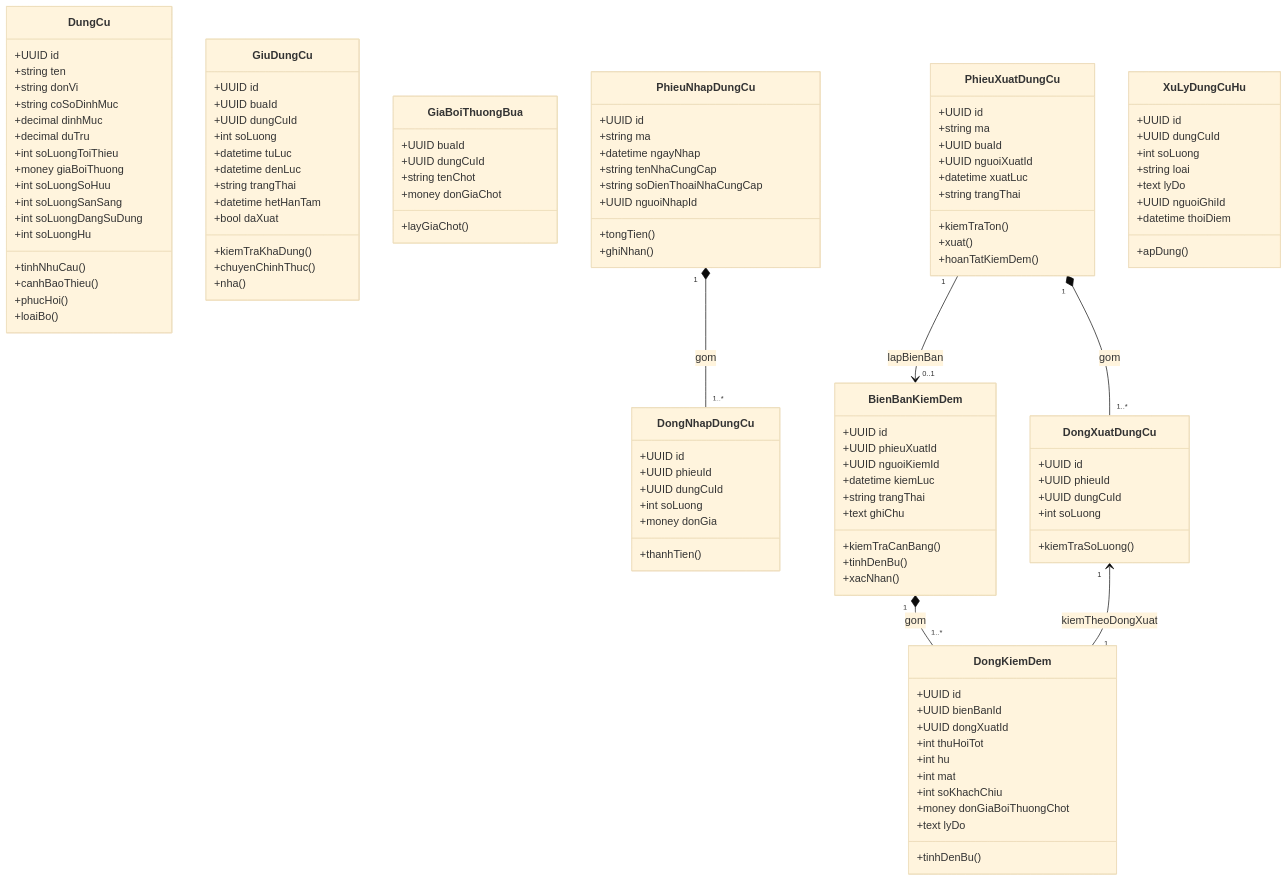
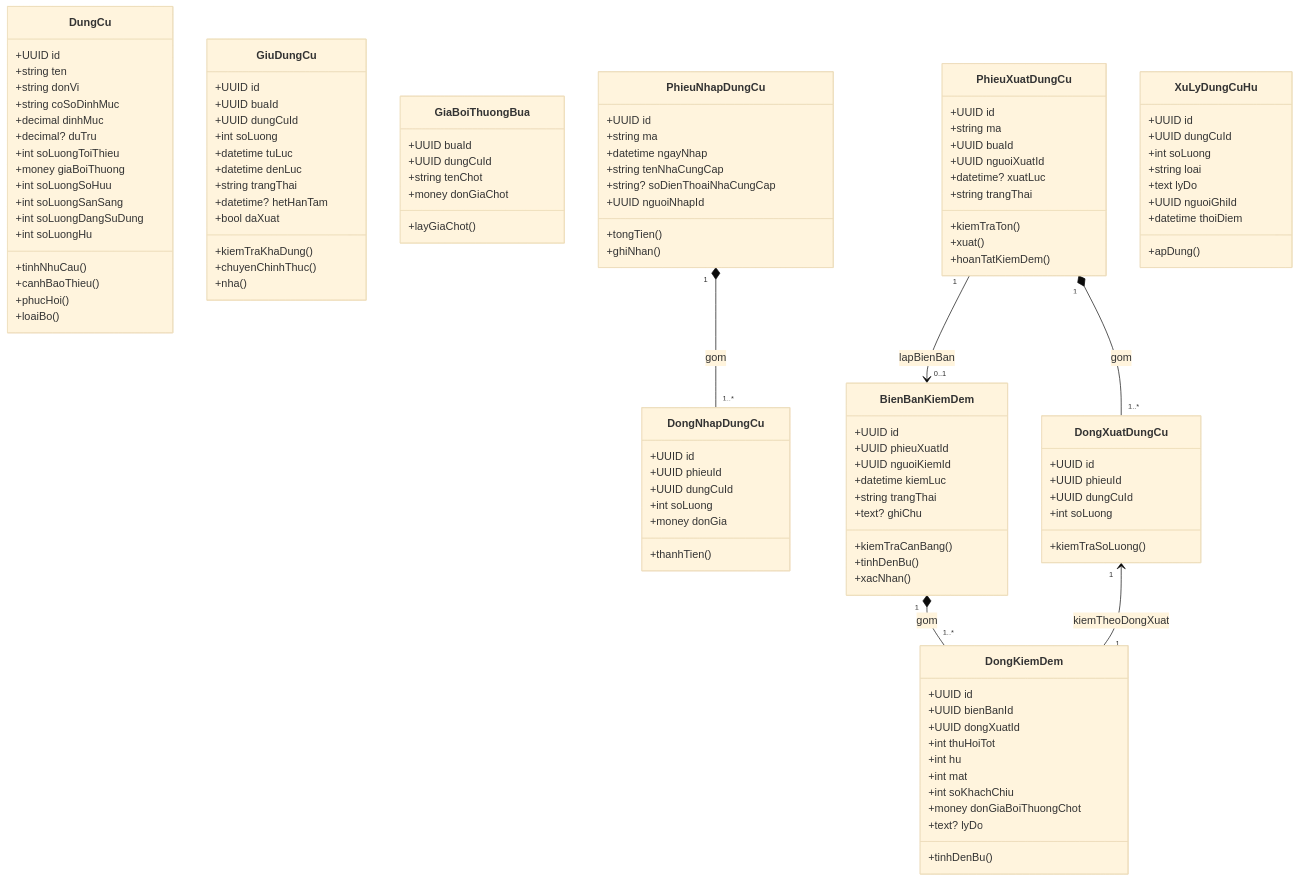
Before and after one commit to mastercookvn/mastercookvn: the seventh of 9 diagrams in docs/src/diagrams/class.md, drawn with Mermaid (base theme). The commit also changed other lines of this file and 19 other files, not shown here.

```diff
--- a/docs/src/diagrams/class.md
+++ b/docs/src/diagrams/class.md
@@ -800,7 +721,7 @@
         +string donVi
         +string coSoDinhMuc
         +decimal dinhMuc
-        +decimal duTru
+        +decimal? duTru
         +int soLuongToiThieu
         +money giaBoiThuong
         +int soLuongSoHuu
@@ -821,7 +742,7 @@
         +datetime tuLuc
         +datetime denLuc
         +string trangThai
-        +datetime hetHanTam
+        +datetime? hetHanTam
         +bool daXuat
         +kiemTraKhaDung()
         +chuyenChinhThuc()
@@ -841,7 +762,7 @@
         +string ma
         +datetime ngayNhap
         +string tenNhaCungCap
-        +string soDienThoaiNhaCungCap
+        +string? soDienThoaiNhaCungCap
         +UUID nguoiNhapId
         +tongTien()
         +ghiNhan()
@@ -861,7 +782,7 @@
         +string ma
         +UUID buaId
         +UUID nguoiXuatId
-        +datetime xuatLuc
+        +datetime? xuatLuc
         +string trangThai
         +kiemTraTon()
         +xuat()
@@ -882,7 +803,7 @@
         +UUID nguoiKiemId
         +datetime kiemLuc
         +string trangThai
-        +text ghiChu
+        +text? ghiChu
         +kiemTraCanBang()
         +tinhDenBu()
         +xacNhan()
@@ -897,7 +818,7 @@
         +int mat
         +int soKhachChiu
         +money donGiaBoiThuongChot
-        +text lyDo
+        +text? lyDo
         +tinhDenBu()
     }
 
```
